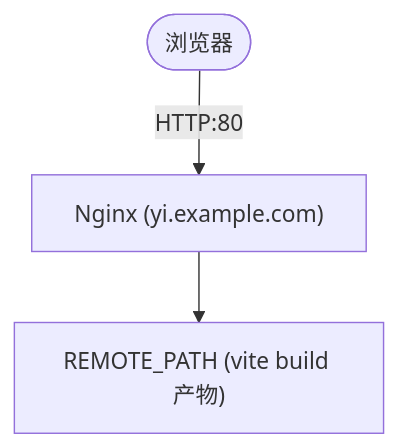
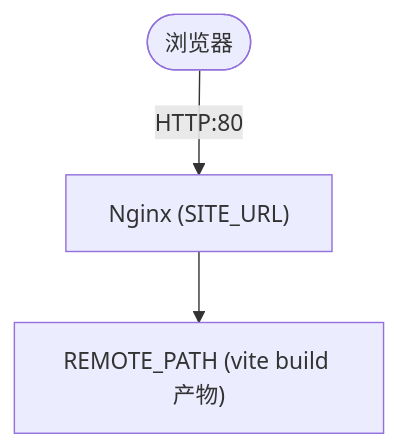
The first of 2 diagrams in docs/architecture/05_devops_and_deployment.md (stonelin/zengshanbuyi), drawn with Mermaid before and after one commit. The commit also changed other lines of this file and 3 other files, not shown here.

````diff
--- a/docs/architecture/05_devops_and_deployment.md
+++ b/docs/architecture/05_devops_and_deployment.md
@@ -11,5 +11,5 @@
 ```mermaid
 graph TD
-    User([浏览器]) -->|HTTP:80| Nginx["Nginx (yi.example.com)"]
+    User([浏览器]) -->|HTTP:80| Nginx["Nginx (SITE_URL)"]
     Nginx --> Static["REMOTE_PATH (vite build 产物)"]
 ```
````
